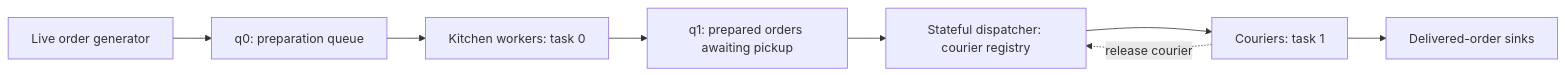
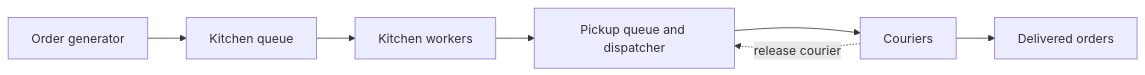
Before and after one commit to Colby-Frison/cs-4113-lab1: the diagram in implementation/obj-b.food-delivery/README.md, drawn with Mermaid. The commit also changed other lines of this file and 23 other files, not shown here.

````diff
--- a/implementation/obj-b.food-delivery/README.md
+++ b/implementation/obj-b.food-delivery/README.md
@@ -119,10 +13,9 @@
 ```mermaid
 flowchart LR
-    G[Live order generator] --> Q0[q0: preparation queue]
-    Q0 --> K[Kitchen workers: task 0]
-    K --> Q1[q1: prepared orders awaiting pickup]
-    Q1 --> D[Stateful dispatcher: courier registry]
-    D --> C[Couriers: task 1]
-    C --> S[Delivered-order sinks]
-    C -. release courier .-> D
+    G[Order generator] --> Q0[Kitchen queue]
+    Q0 --> K[Kitchen workers]
+    K --> Q1[Pickup queue and dispatcher]
+    Q1 --> C[Couriers]
+    C --> S[Delivered orders]
+    C -. release courier .-> Q1
 ```
````
